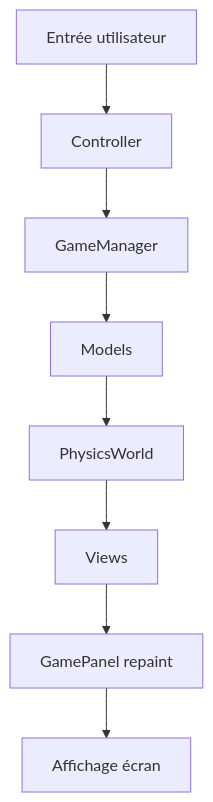
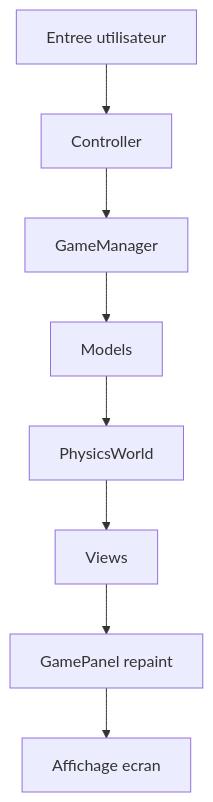
Before and after one commit to dopioh/Worms-UPCite: the diagram in DIAGRAMME.md, drawn with Mermaid. The commit also changed other lines of this file, not shown here.

Commit message:
Petit nettoyer le diagramme d'architecture

````diff
--- a/DIAGRAMME.md
+++ b/DIAGRAMME.md
@@ -91,10 +91,10 @@
 ```mermaid
 graph TD
-    A[Entrée utilisateur] --> B[Controller]
+    A[Entree utilisateur] --> B[Controller]
     B --> C[GameManager]
     C --> D[Models]
     D --> E[PhysicsWorld]
     E --> F[Views]
     F --> G[GamePanel repaint]
-    G --> H[Affichage écran]
+    G --> H[Affichage ecran]
 ```
````
